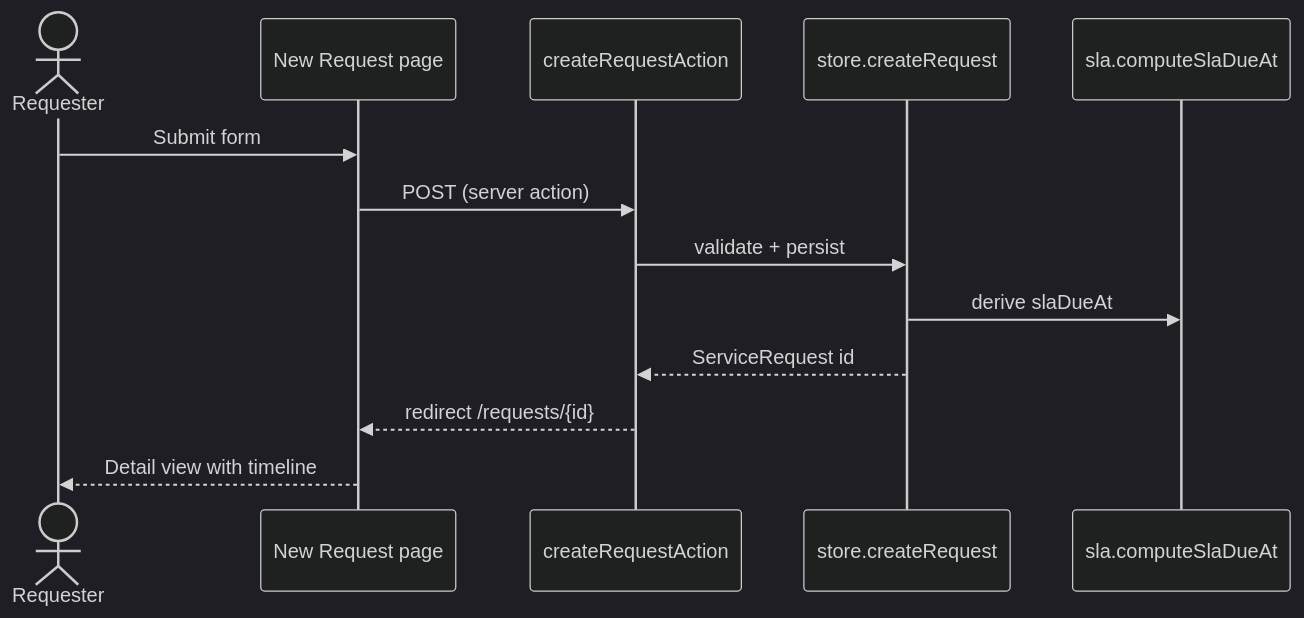
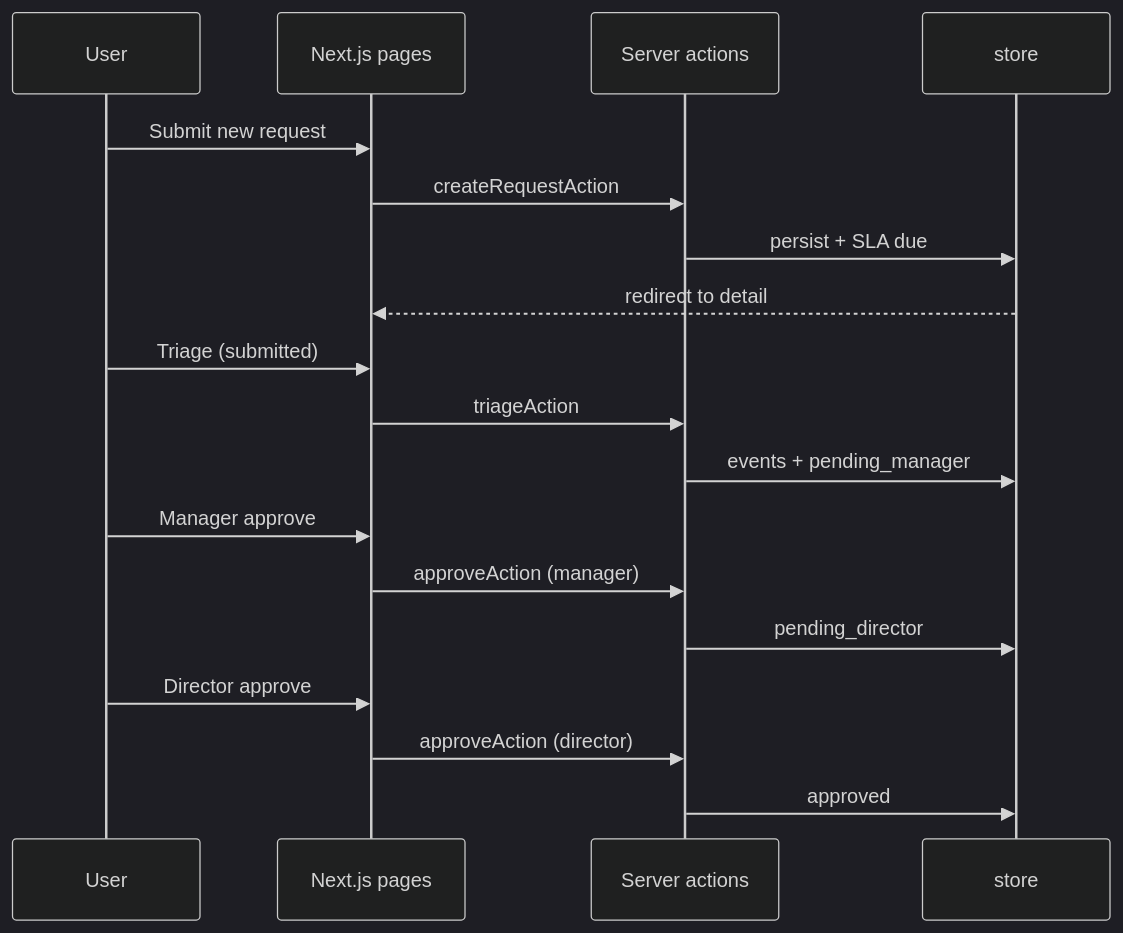
Before and after one commit to jah-guide/flowgate: the first of 3 diagrams in docs/07-sequence-flows.md, drawn with Mermaid (dark theme). The commit also changed other lines of this file and 1 other file, not shown here.

Commit message:
docs: streamline data model and sequence flows

````diff
--- a/docs/07-sequence-flows.md
+++ b/docs/07-sequence-flows.md
@@ -9,16 +9,24 @@
 ```mermaid
 sequenceDiagram
-  actor U as Requester
-  participant UI as New Request page
-  participant SA as createRequestAction
-  participant ST as store.createRequest
-  participant SLA as sla.computeSlaDueAt
+  participant U as User
+  participant UI as Next.js pages
+  participant SA as Server actions
+  participant ST as store
 
-  U->>UI: Submit form
-  UI->>SA: POST (server action)
-  SA->>ST: validate + persist
-  ST->>SLA: derive slaDueAt
-  ST-->>SA: ServiceRequest id
-  SA-->>UI: redirect /requests/{id}
-  UI-->>U: Detail view with timeline
+  U->>UI: Submit new request
+  UI->>SA: createRequestAction
+  SA->>ST: persist + SLA due
+  ST-->>UI: redirect to detail
+
+  U->>UI: Triage (submitted)
+  UI->>SA: triageAction
+  SA->>ST: events + pending_manager
+
+  U->>UI: Manager approve
+  UI->>SA: approveAction (manager)
+  SA->>ST: pending_director
+
+  U->>UI: Director approve
+  UI->>SA: approveAction (director)
+  SA->>ST: approved
 ```
````
